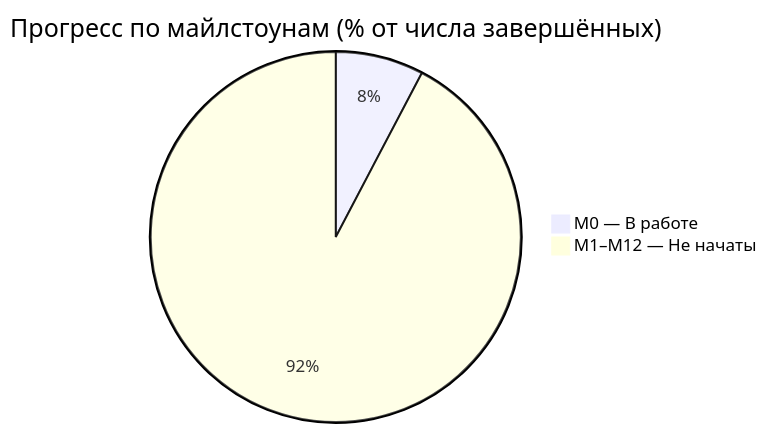
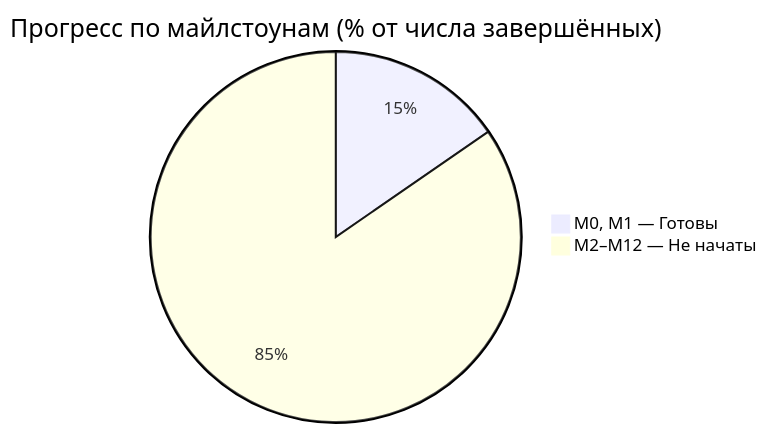
Before and after one commit to arcsymer/diplomaGame: the diagram in Docs-Vault/00 - Dashboard.md, drawn with Mermaid. The commit also changed other lines of this file and 35 other files, not shown here.

````diff
--- a/Docs-Vault/00 - Dashboard.md
+++ b/Docs-Vault/00 - Dashboard.md
@@ -29,5 +29,5 @@
 ```mermaid
 pie title Прогресс по майлстоунам (% от числа завершённых)
-    "M0 — В работе" : 1
-    "M1–M12 — Не начаты" : 12
+    "M0, M1 — Готовы" : 2
+    "M2–M12 — Не начаты" : 11
 ```
````
